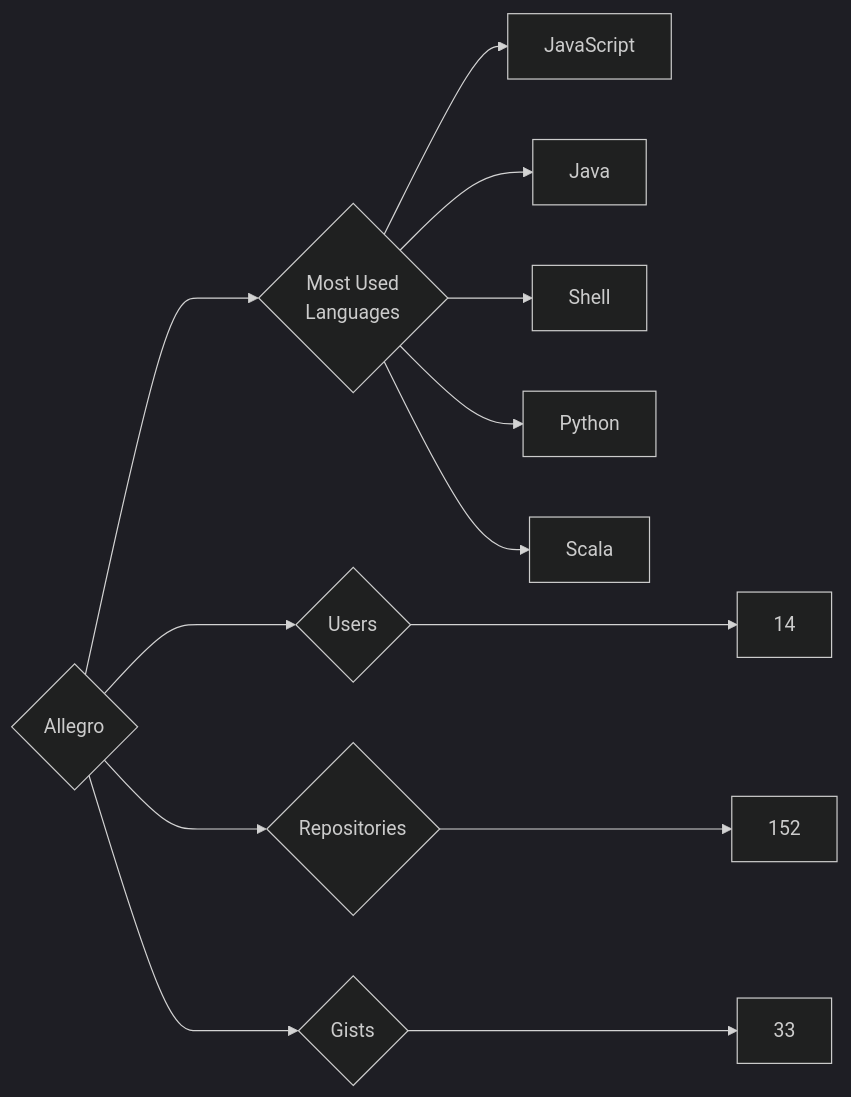
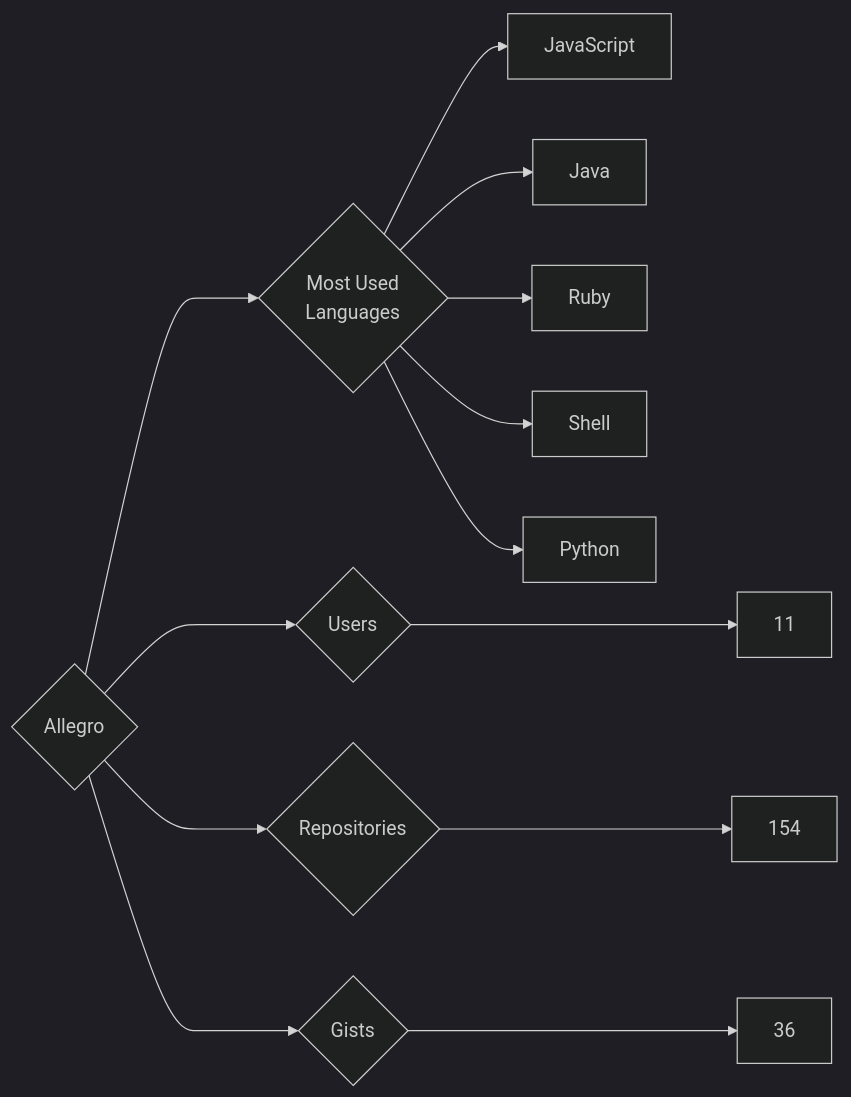
Before and after one commit to trickest/insiders: the diagram in targets/Allegro/README.md, drawn with Mermaid (dark theme). The commit also changed 1195 other files, not shown here.

````diff
--- a/targets/Allegro/README.md
+++ b/targets/Allegro/README.md
@@ -3,13 +3,13 @@
 ```mermaid
 graph LR
 COMPANY_NAME{Allegro}
-COMPANY_NAME ---> U{Users} ---> UN[14]
-COMPANY_NAME ---> R{Repositories} ---> RN[152]
-COMPANY_NAME ---> G{Gists} ---> GN[33]
+COMPANY_NAME ---> U{Users} ---> UN[11]
+COMPANY_NAME ---> R{Repositories} ---> RN[154]
+COMPANY_NAME ---> G{Gists} ---> GN[36]
 COMPANY_NAME ---> ML{Most Used<br>Languages}
 ML --> JavaScript[JavaScript]
 ML --> Java[Java]
+ML --> Ruby[Ruby]
 ML --> Shell[Shell]
 ML --> Python[Python]
-ML --> Scala[Scala]
 ```
````
